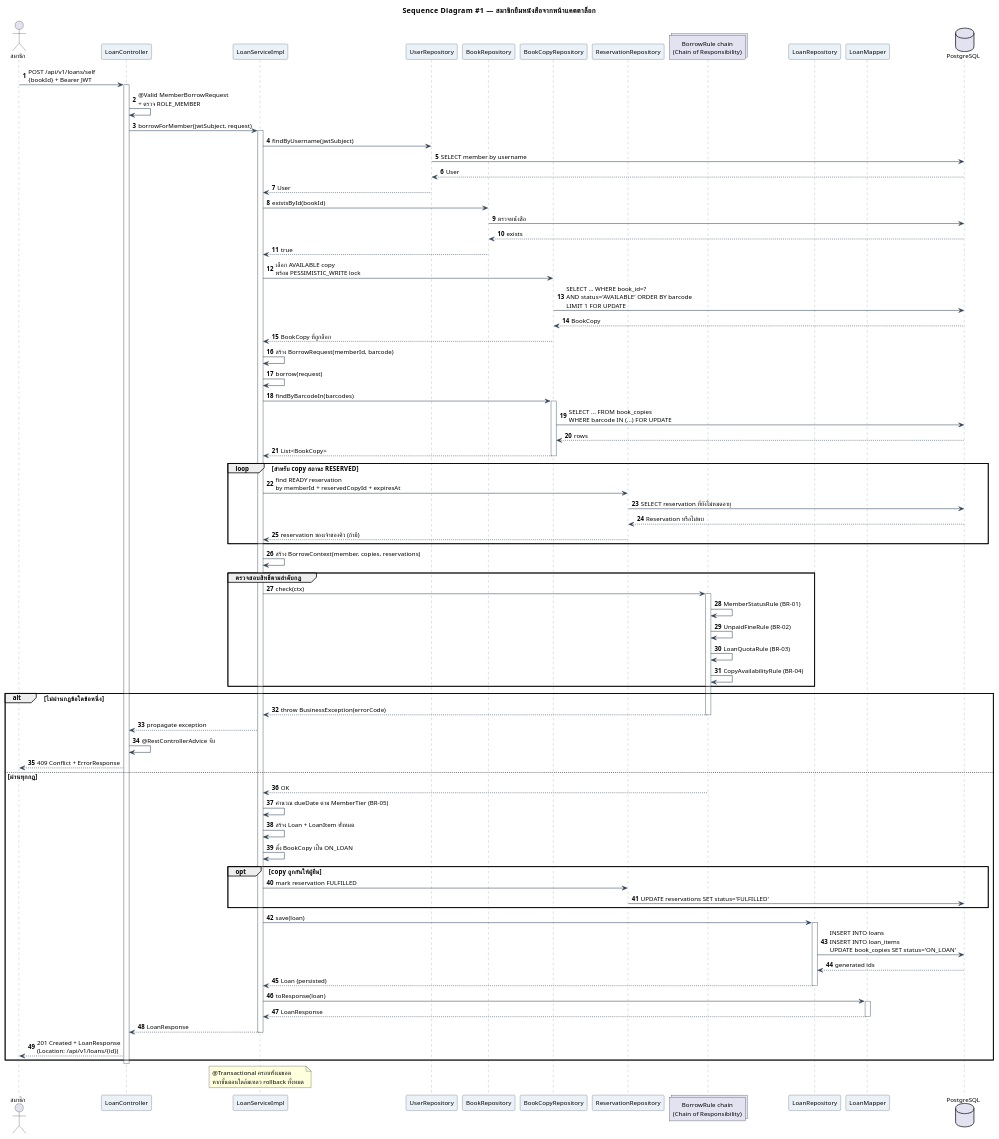
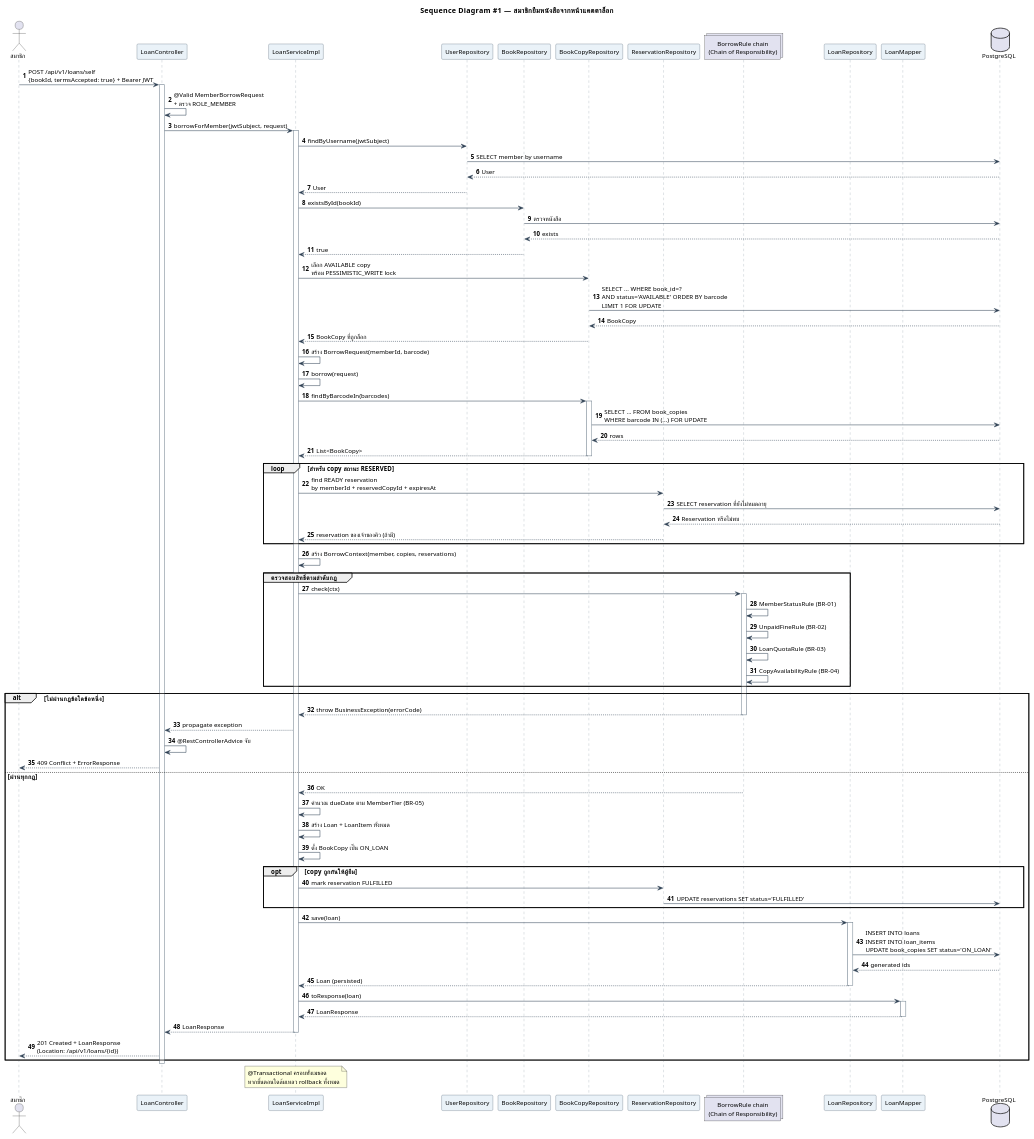
One commit to boatrocl/library_book_management changed the diagram in doc/diagrams/05-sequence-borrow.puml. Above: the diagram before and after it, drawn with PlantUML. The commit also changed 5 other files, not shown here.

```diff
--- a/doc/diagrams/05-sequence-borrow.puml
+++ b/doc/diagrams/05-sequence-borrow.puml
@@ -1,110 +1,110 @@
 @startuml 05-sequence-borrow
 title Sequence Diagram #1 — สมาชิกยืมหนังสือจากหน้าแคตตาล็อก
 
 skinparam defaultFontName "Tahoma"
 skinparam defaultFontSize 12
 skinparam shadowing false
 skinparam sequence {
   ArrowColor #2E4053
   LifeLineBorderColor #85929E
   ParticipantBorderColor #34495E
   ParticipantBackgroundColor #EAF2F8
 }
 autonumber
 
 actor "สมาชิก" as MEMBER
 participant "LoanController" as C
 participant "LoanServiceImpl" as S
 participant "UserRepository" as UR
 participant "BookRepository" as BR
 participant "BookCopyRepository" as CR
 participant "ReservationRepository" as RR
 collections "BorrowRule chain\n(Chain of Responsibility)" as R
 participant "LoanRepository" as LR
 participant "LoanMapper" as M
 database "PostgreSQL" as DB
 
-MEMBER -> C : POST /api/v1/loans/self\n{bookId} + Bearer JWT
+MEMBER -> C : POST /api/v1/loans/self\n{bookId, termsAccepted: true} + Bearer JWT
 activate C
 C -> C : @Valid MemberBorrowRequest\n+ ตรวจ ROLE_MEMBER
 C -> S : borrowForMember(jwtSubject, request)
 activate S
 S -> UR : findByUsername(jwtSubject)
 UR -> DB : SELECT member by username
 DB --> UR : User
 UR --> S : User
 S -> BR : existsById(bookId)
 BR -> DB : ตรวจหนังสือ
 DB --> BR : exists
 BR --> S : true
 S -> CR : เลือก AVAILABLE copy\nพร้อม PESSIMISTIC_WRITE lock
 CR -> DB : SELECT ... WHERE book_id=?\nAND status='AVAILABLE' ORDER BY barcode\nLIMIT 1 FOR UPDATE
 DB --> CR : BookCopy
 CR --> S : BookCopy ที่ถูกล็อก
 S -> S : สร้าง BorrowRequest(memberId, barcode)
 S -> S : borrow(request)
 
 S -> CR : findByBarcodeIn(barcodes)
 activate CR
 CR -> DB : SELECT ... FROM book_copies\nWHERE barcode IN (...) FOR UPDATE
 DB --> CR : rows
 CR --> S : List<BookCopy>
 deactivate CR
 
 loop สำหรับ copy สถานะ RESERVED
   S -> RR : find READY reservation\nby memberId + reservedCopyId + expiresAt
   RR -> DB : SELECT reservation ที่ยังไม่หมดอายุ
   DB --> RR : Reservation หรือไม่พบ
   RR --> S : reservation ของเจ้าของคิว (ถ้ามี)
 end
 
 S -> S : สร้าง BorrowContext(member, copies, reservations)
 
 group ตรวจสอบสิทธิ์ตามลำดับกฎ
   S -> R : check(ctx)
   activate R
   R -> R : MemberStatusRule (BR-01)
   R -> R : UnpaidFineRule (BR-02)
   R -> R : LoanQuotaRule (BR-03)
   R -> R : CopyAvailabilityRule (BR-04)
 end
 
 alt ไม่ผ่านกฎข้อใดข้อหนึ่ง
   R --> S : throw BusinessException(errorCode)
   deactivate R
   S --> C : propagate exception
   C -> C : @RestControllerAdvice จับ
   C --> MEMBER : 409 Conflict + ErrorResponse
 else ผ่านทุกกฎ
   R --> S : OK
   S -> S : คำนวณ dueDate ตาม MemberTier (BR-05)
   S -> S : สร้าง Loan + LoanItem ทั้งหมด
   S -> S : ตั้ง BookCopy เป็น ON_LOAN
   opt copy ถูกกันให้ผู้ยืม
     S -> RR : mark reservation FULFILLED
     RR -> DB : UPDATE reservations SET status='FULFILLED'
   end
   S -> LR : save(loan)
   activate LR
   LR -> DB : INSERT INTO loans\nINSERT INTO loan_items\nUPDATE book_copies SET status='ON_LOAN'
   DB --> LR : generated ids
   LR --> S : Loan (persisted)
   deactivate LR
 
   S -> M : toResponse(loan)
   activate M
   M --> S : LoanResponse
   deactivate M
 
   S --> C : LoanResponse
   deactivate S
   C --> MEMBER : 201 Created + LoanResponse\n(Location: /api/v1/loans/{id})
 end
 deactivate C
 
 note over S
   @Transactional ครอบทั้งเมธอด
   หากขั้นตอนใดล้มเหลว rollback ทั้งหมด
 end note
 
 @enduml
```
